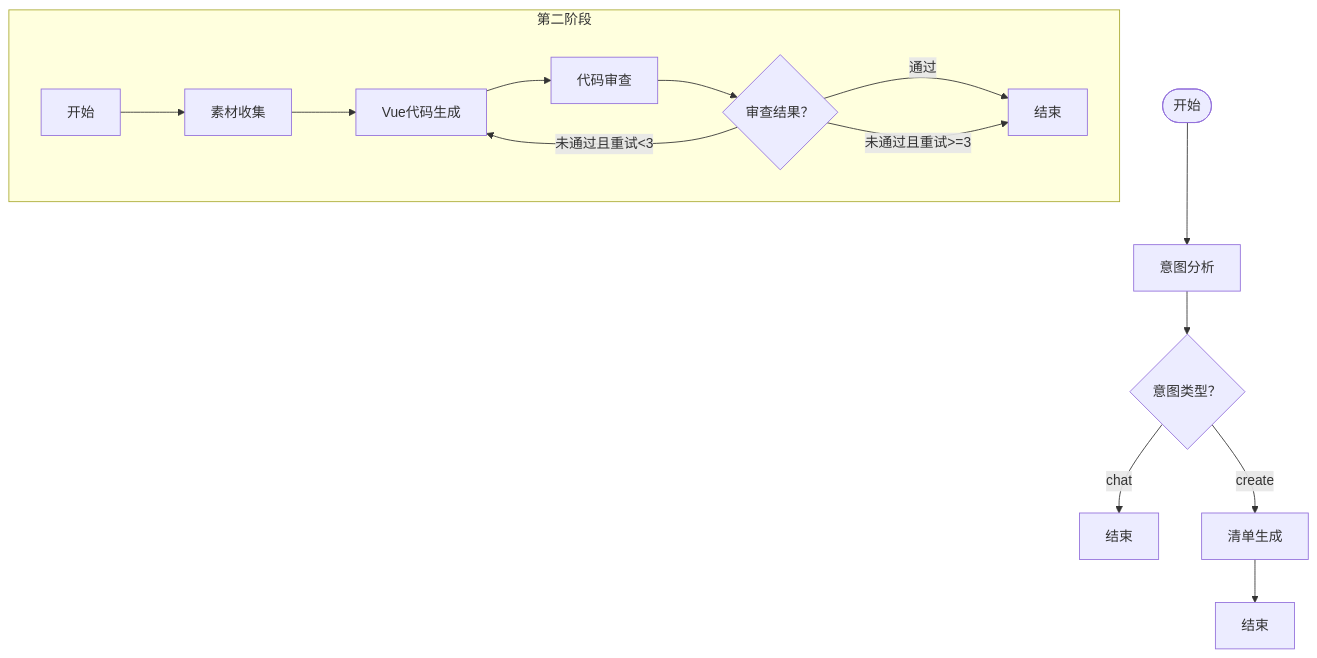
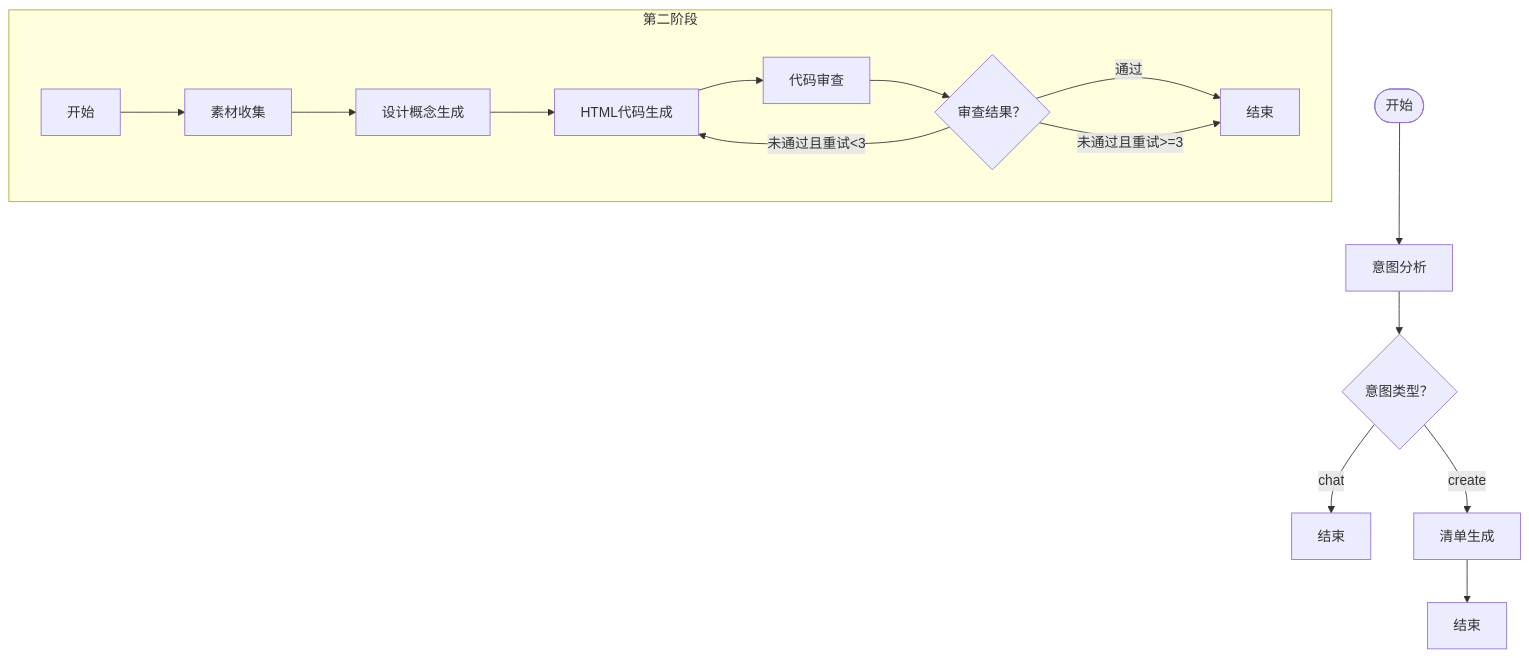
One commit to CyanYuKi/WebSiteFrontendCodeMother changed the second of 9 diagrams in .qoder/repowiki/zh/content/AI工作流系统/工作流引擎核心/工作流引擎核心.md. Above: the diagram before and after it, drawn with Mermaid. The commit also changed other lines of this file and 16 other files, not shown here.

````diff
--- a/.qoder/repowiki/zh/content/AI工作流系统/工作流引擎核心/工作流引擎核心.md
+++ b/.qoder/repowiki/zh/content/AI工作流系统/工作流引擎核心/工作流引擎核心.md
@@ -142,17 +162,18 @@
 ```mermaid
 flowchart TD
 START(["开始"]) --> INTENT["意图分析"]
 INTENT --> ROUTE1{"意图类型？"}
 ROUTE1 --> |chat| END1["结束"]
 ROUTE1 --> |create| CHECK["清单生成"]
 CHECK --> END2["结束"]
 subgraph "第二阶段"
 RESUME_START["开始"] --> ASSET["素材收集"]
-ASSET --> GEN["Vue代码生成"]
-GEN --> REVIEW["代码审查"]
+ASSET --> CONCEPT["设计概念生成"]
+CONCEPT --> HTMLGEN["HTML代码生成"]
+HTMLGEN --> REVIEW["代码审查"]
 REVIEW --> ROUTE2{"审查结果？"}
 ROUTE2 --> |通过| END3["结束"]
-ROUTE2 --> |未通过且重试<3| GEN
+ROUTE2 --> |未通过且重试<3| HTMLGEN
 ROUTE2 --> |未通过且重试>=3| END3
 end
 ```
````
